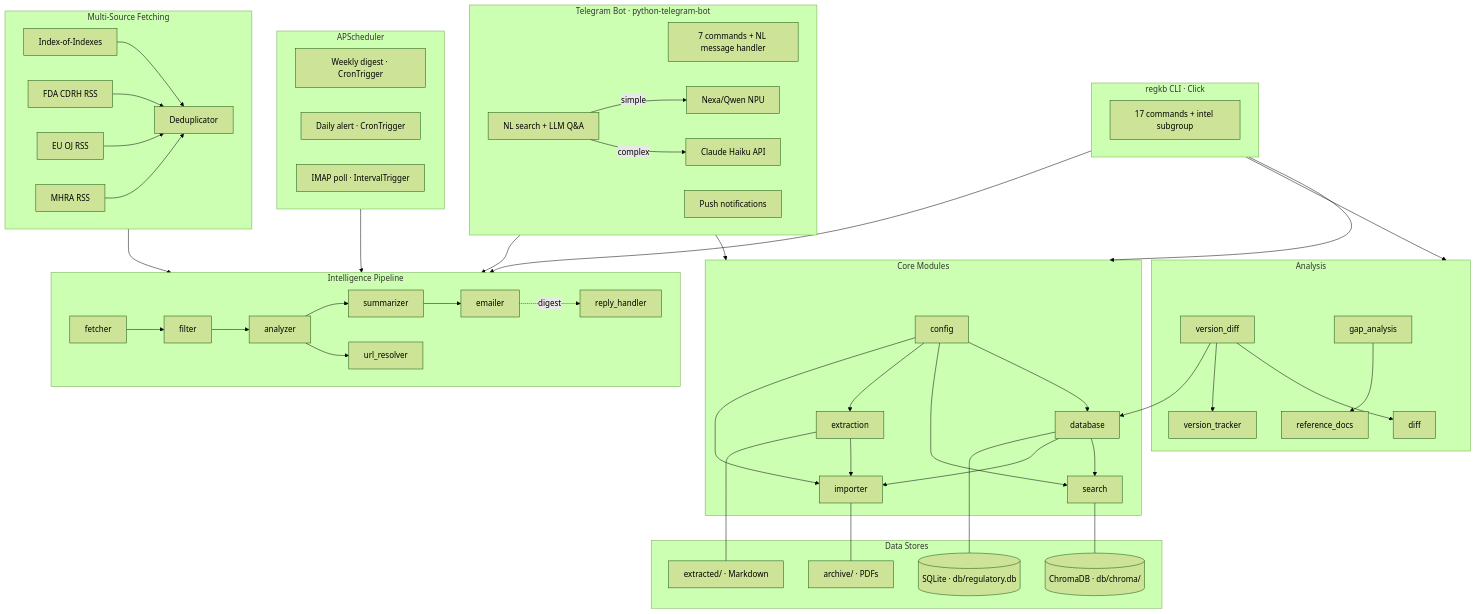
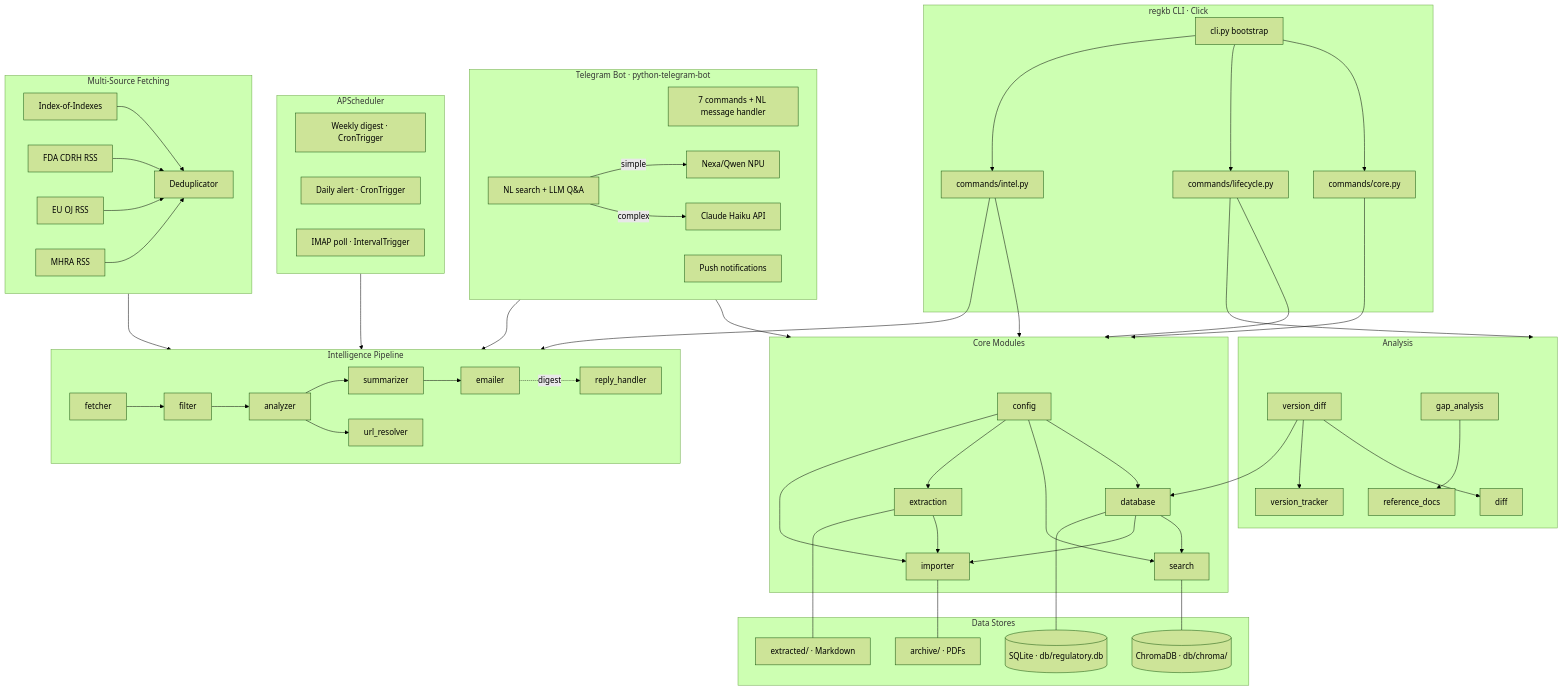
Before and after one commit to lisadonlon/RegulatoryKB: the first of 3 diagrams in CLAUDE.md, drawn with Mermaid (forest theme). The commit also changed other lines of this file and 12 other files, not shown here.

````diff
--- a/CLAUDE.md
+++ b/CLAUDE.md
@@ -137,69 +141,77 @@
 ```mermaid
 graph TB
     subgraph CLI["regkb CLI · Click"]
-        commands["17 commands + intel subgroup"]
+        bootstrap["cli.py bootstrap"]
+        core_cmds["commands/core.py"]
+        life_cmds["commands/lifecycle.py"]
+        intel_cmds["commands/intel.py"]
+        bootstrap --> core_cmds
+        bootstrap --> life_cmds
+        bootstrap --> intel_cmds
     end
 
     subgraph Core["Core Modules"]
         config["config"] --> db["database"]
         config --> search["search"]
         config --> extraction["extraction"]
         config --> importer["importer"]
         db --> search
         db --> importer
         extraction --> importer
     end
 
     subgraph Analysis["Analysis"]
         diff["diff"]
         vt["version_tracker"]
         vd["version_diff"]
         gap["gap_analysis"] --> ref["reference_docs"]
         vd --> diff & vt & db
     end
 
     subgraph Intel["Intelligence Pipeline"]
         fetcher --> filter --> analyzer --> summarizer --> emailer
         emailer -.->|digest| reply_handler
         analyzer --> url_resolver
     end
 
     subgraph Stores["Data Stores"]
         sqlite[("SQLite · db/regulatory.db")]
         chroma[("ChromaDB · db/chroma/")]
         extracted["extracted/ · Markdown"]
         archive["archive/ · PDFs"]
     end
 
     subgraph Bot["Telegram Bot · python-telegram-bot"]
         handlers["7 commands + NL message handler"]
         notifications["Push notifications"]
         nlsearch["NL search + LLM Q&A"]
         nlsearch -->|simple| nexa["Nexa/Qwen NPU"]
         nlsearch -->|complex| claude["Claude Haiku API"]
     end
 
     subgraph Sched["APScheduler"]
         weekly["Weekly digest · CronTrigger"]
         daily["Daily alert · CronTrigger"]
         imap["IMAP poll · IntervalTrigger"]
     end
 
     subgraph Sources["Multi-Source Fetching"]
         ioi["Index-of-Indexes"]
         fda_rss["FDA CDRH RSS"]
         eu_rss["EU OJ RSS"]
         mhra_rss["MHRA RSS"]
         dedup["Deduplicator"]
         ioi & fda_rss & eu_rss & mhra_rss --> dedup
     end
 
-    CLI --> Core & Analysis & Intel
+    core_cmds --> Core
+    life_cmds --> Core & Analysis
+    intel_cmds --> Core & Intel
     Bot --> Core & Intel
     Sched --> Intel
     Sources --> Intel
     db --- sqlite
     search --- chroma
     extraction --- extracted
     importer --- archive
 ```
````
